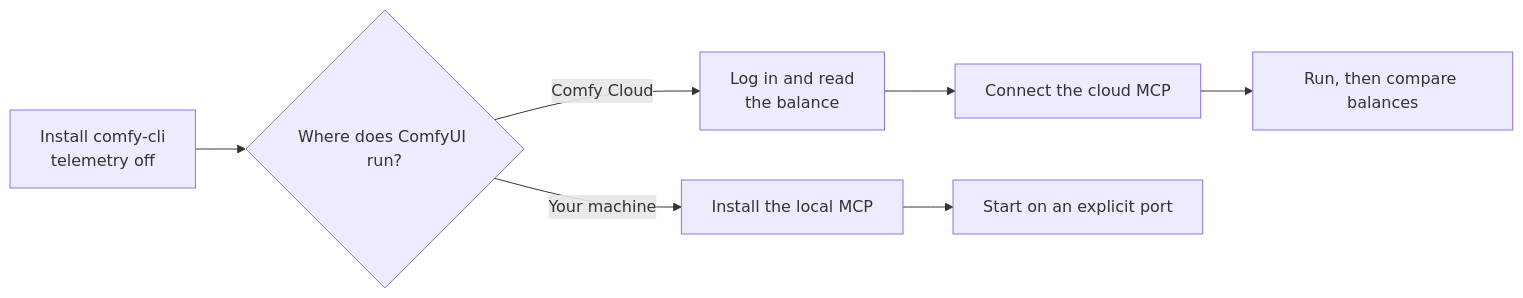
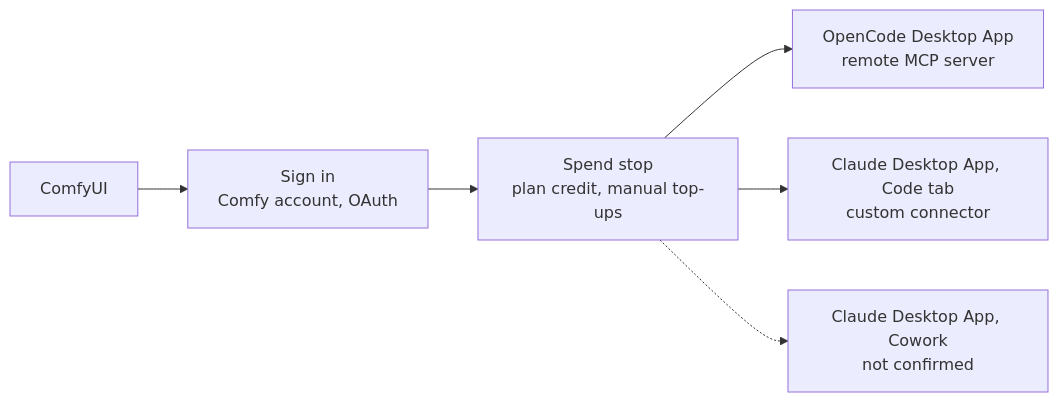
One commit to SoulCraft-Org/compute-crafter changed the diagram in guides/comfyui.md. Above: the diagram before and after it, drawn with Mermaid. The commit also changed other lines of this file and 14 other files, not shown here.

First line of the commit message:
🎨 Guides batch 3: visual first, two desktop apps (RunPod, AMD, Google Cloud, ComfyUI, local models) (#199)

````diff
--- a/guides/comfyui.md
+++ b/guides/comfyui.md
@@ -9,6 +5,7 @@
 ```mermaid
 flowchart LR
-  I[Install comfy-cli<br/>telemetry off] --> W{Where does ComfyUI run?}
-  W -->|Comfy Cloud| L[Log in and read<br/>the balance] --> M[Connect the cloud MCP] --> R[Run, then compare balances]
-  W -->|Your machine| S[Install the local MCP] --> P[Start on an explicit port]
+  P[ComfyUI] --> S[Sign in<br/>Comfy account, OAuth] --> G[Spend stop<br/>plan credit, manual top-ups]
+  G --> O[OpenCode Desktop App<br/>remote MCP server]
+  G --> C[Claude Desktop App, Code tab<br/>custom connector]
+  G -.-> W[Claude Desktop App, Cowork<br/>not confirmed]
 ```
````
